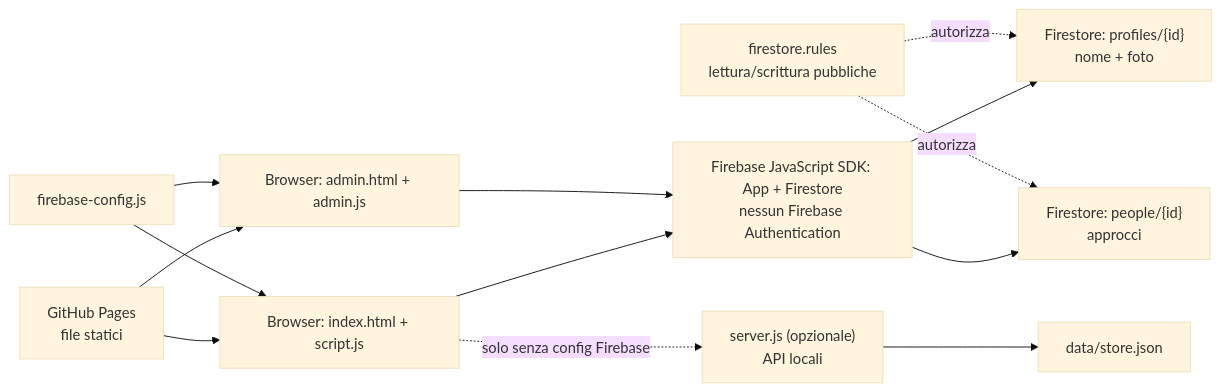
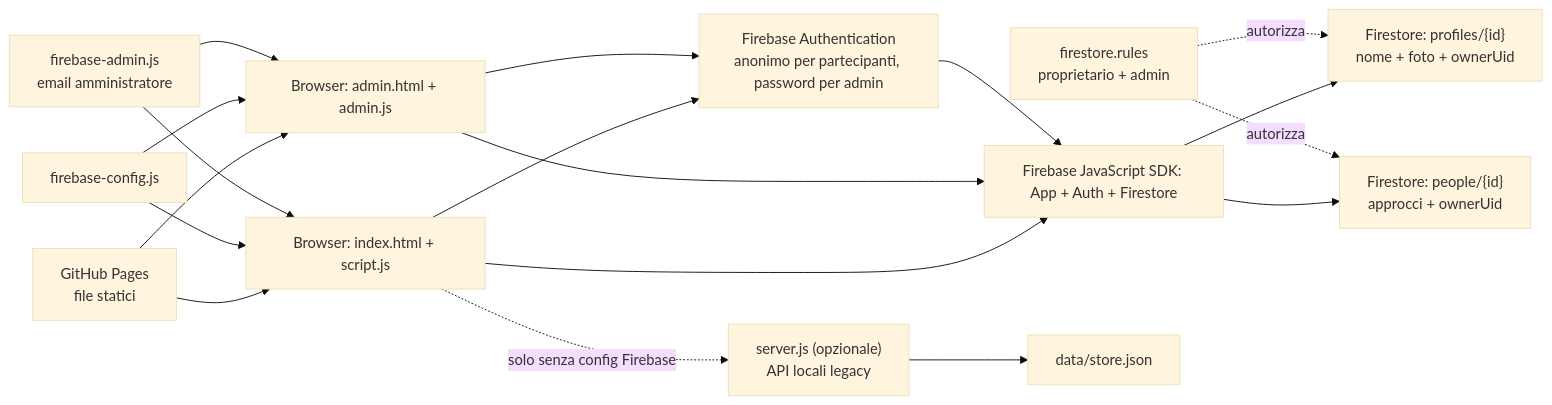
Before and after one commit to marreio296-png/sfida: the diagram in MAPPA.md, drawn with Mermaid (base theme). The commit also changed other lines of this file and 9 other files, not shown here.

Commit message:
Ripristina accesso admin Firebase

````diff
--- a/MAPPA.md
+++ b/MAPPA.md
@@ -5,26 +5,33 @@
 ```mermaid
 flowchart LR
     browser["Browser: index.html + script.js"]
     admin["Browser: admin.html + admin.js"]
     config["firebase-config.js"]
-    app["Firebase JavaScript SDK: App + Firestore<br/>nessun Firebase Authentication"]
-    profiles["Firestore: profiles/{id}<br/>nome + foto"]
-    people["Firestore: people/{id}<br/>approcci"]
-    rules["firestore.rules<br/>lettura/scrittura pubbliche"]
+    adminIdentity["firebase-admin.js<br/>email amministratore"]
+    auth["Firebase Authentication<br/>anonimo per partecipanti, password per admin"]
+    app["Firebase JavaScript SDK: App + Auth + Firestore"]
+    profiles["Firestore: profiles/{id}<br/>nome + foto + ownerUid"]
+    people["Firestore: people/{id}<br/>approcci + ownerUid"]
+    rules["firestore.rules<br/>proprietario + admin"]
     pages["GitHub Pages<br/>file statici"]
-    node["server.js (opzionale)<br/>API locali"]
+    node["server.js (opzionale)<br/>API locali legacy"]
     json["data/store.json"]
 
     pages --> browser
     pages --> admin
     config --> browser
     config --> admin
+    adminIdentity --> browser
+    adminIdentity --> admin
+    browser --> auth
+    admin --> auth
     browser --> app
     admin --> app
+    auth --> app
     app --> profiles
     app --> people
     rules -. autorizza .-> profiles
     rules -. autorizza .-> people
     node --> json
     browser -. solo senza config Firebase .-> node
 ```
````
